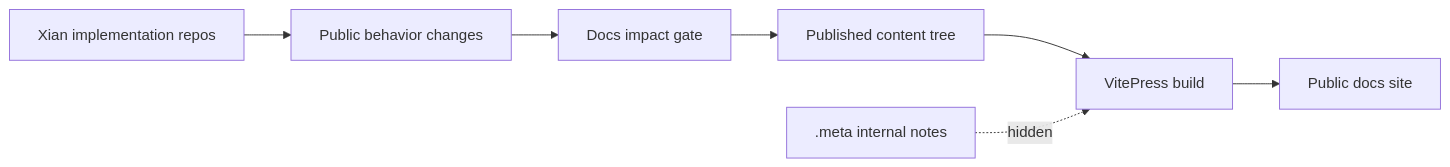
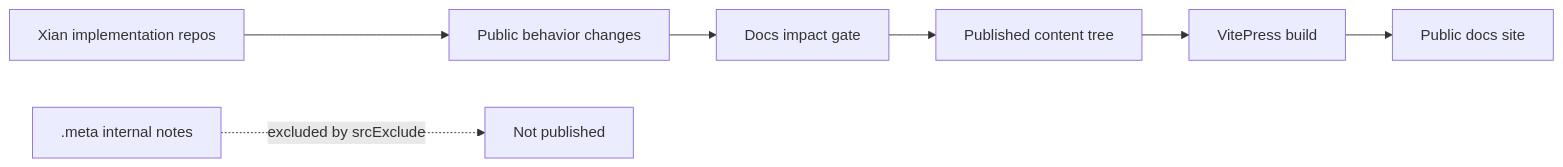
Before and after one commit to xian-technology/xian-docs-web: the diagram in README.md, drawn with Mermaid. The commit also changed other lines of this file and 29 other files, not shown here.

````diff
--- a/README.md
+++ b/README.md
@@ -16,9 +16,9 @@
 ```mermaid
 flowchart LR
   Changes["Public behavior changes"] --> DocsGate["Docs impact gate"]
   DocsGate --> Content["Published content tree"]
   Content --> VitePress["VitePress build"]
   VitePress --> Site["Public docs site"]
-  Internal[".meta internal notes"] -. hidden .-> VitePress
+  Internal[".meta internal notes"] -. excluded by srcExclude .-> Excluded["Not published"]
   Repos["Xian implementation repos"] --> Changes
 ```
````
